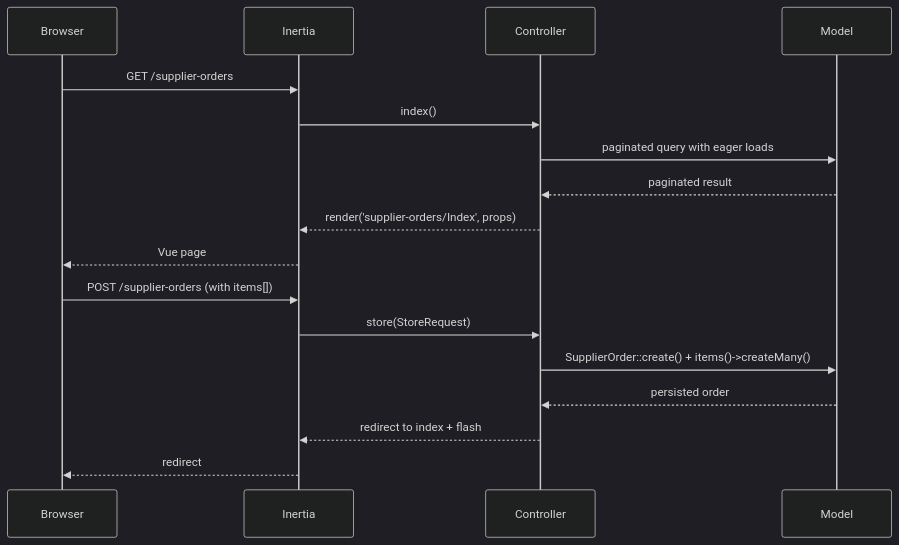
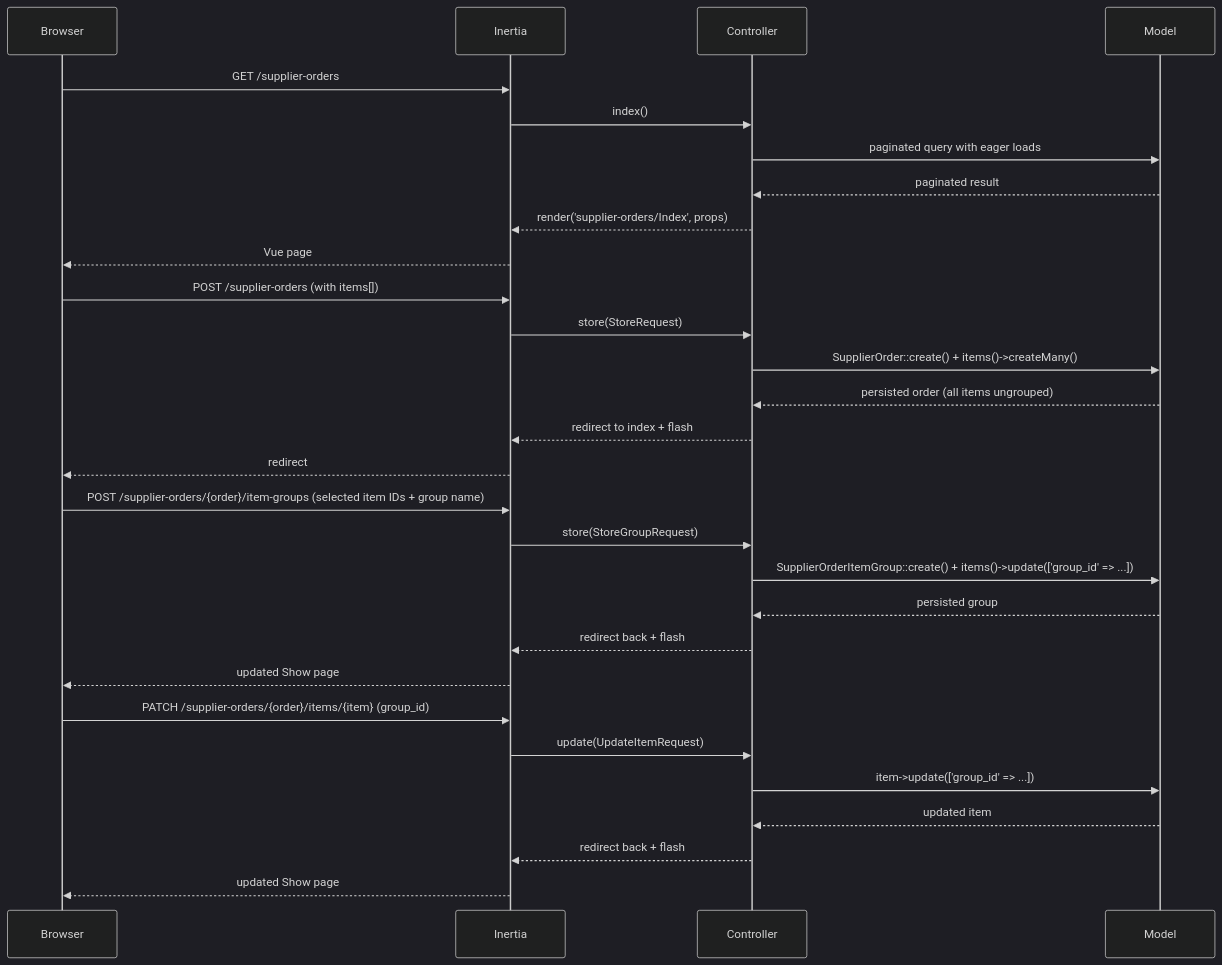
Before and after one commit to Niariasve/lotus-app: the second of 2 diagrams in .kiro/specs/supplier-orders/design.md, drawn with Mermaid (dark theme). The commit also changed other lines of this file and 2 other files, not shown here.

First line of the commit message:
Add SupplierOrder item grouping to specs

````diff
--- a/.kiro/specs/supplier-orders/design.md
+++ b/.kiro/specs/supplier-orders/design.md
@@ -32,21 +37,35 @@
 ```mermaid
 sequenceDiagram
     participant Browser
     participant Inertia
     participant Controller
     participant Model
 
     Browser->>Inertia: GET /supplier-orders
     Inertia->>Controller: index()
     Controller->>Model: paginated query with eager loads
     Model-->>Controller: paginated result
     Controller-->>Inertia: render('supplier-orders/Index', props)
     Inertia-->>Browser: Vue page
 
     Browser->>Inertia: POST /supplier-orders (with items[])
     Inertia->>Controller: store(StoreRequest)
     Controller->>Model: SupplierOrder::create() + items()->createMany()
-    Model-->>Controller: persisted order
+    Model-->>Controller: persisted order (all items ungrouped)
     Controller-->>Inertia: redirect to index + flash
     Inertia-->>Browser: redirect
+
+    Browser->>Inertia: POST /supplier-orders/{order}/item-groups (selected item IDs + group name)
+    Inertia->>Controller: store(StoreGroupRequest)
+    Controller->>Model: SupplierOrderItemGroup::create() + items()->update(['group_id' => ...])
+    Model-->>Controller: persisted group
+    Controller-->>Inertia: redirect back + flash
+    Inertia-->>Browser: updated Show page
+
+    Browser->>Inertia: PATCH /supplier-orders/{order}/items/{item} (group_id)
+    Inertia->>Controller: update(UpdateItemRequest)
+    Controller->>Model: item->update(['group_id' => ...])
+    Model-->>Controller: updated item
+    Controller-->>Inertia: redirect back + flash
+    Inertia-->>Browser: updated Show page
 ```
````
